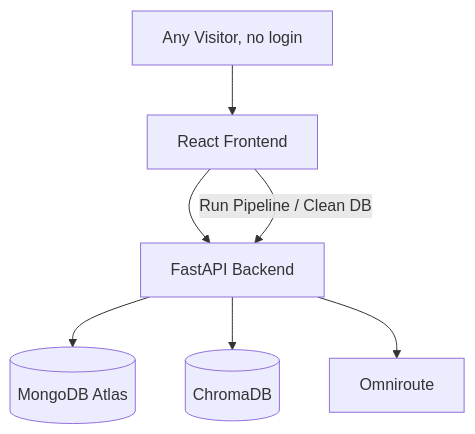
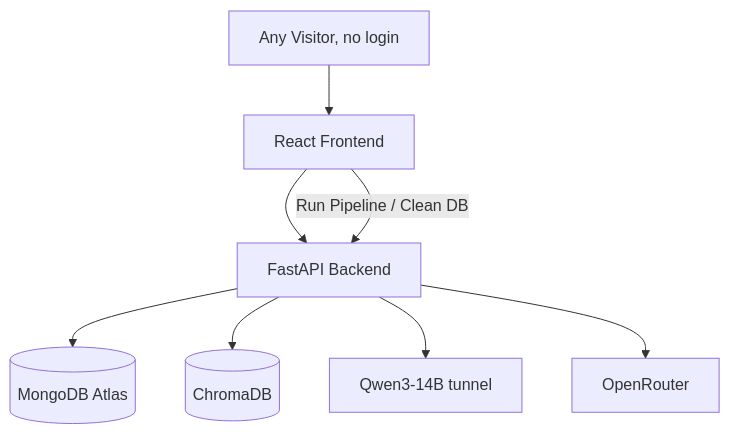
The diagram in README.md (Charanraju360/military-v2), drawn with Mermaid before and after one commit. The commit also changed other lines of this file and 45 other files, not shown here.

````diff
--- a/README.md
+++ b/README.md
@@ -46,9 +46,10 @@
 ```mermaid
 flowchart TD
     U[Any Visitor, no login] --> FE[React Frontend]
     FE --> API[FastAPI Backend]
     API --> ATLAS[(MongoDB Atlas)]
     API --> VEC[(ChromaDB)]
-    API --> OMNI[Omniroute]
+    API --> QWEN[Qwen3-14B tunnel]
+    API --> OR[OpenRouter]
     FE -->|Run Pipeline / Clean DB| API
 ```
````
